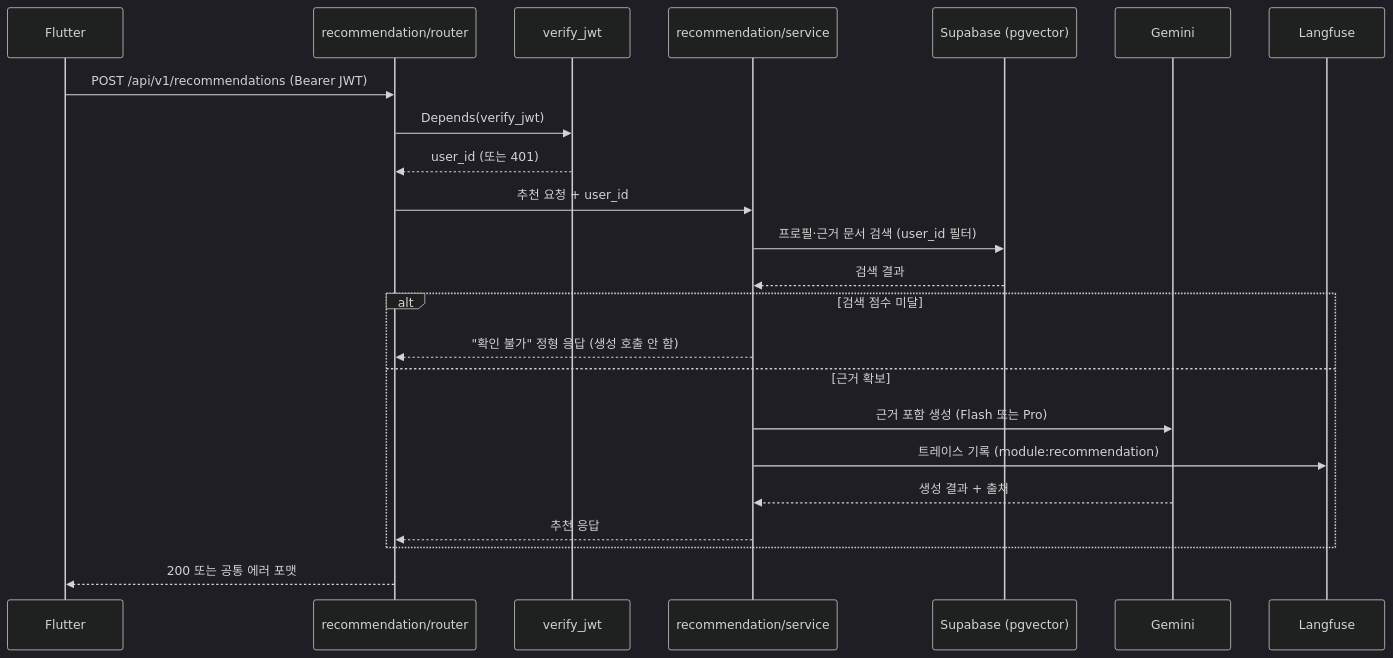
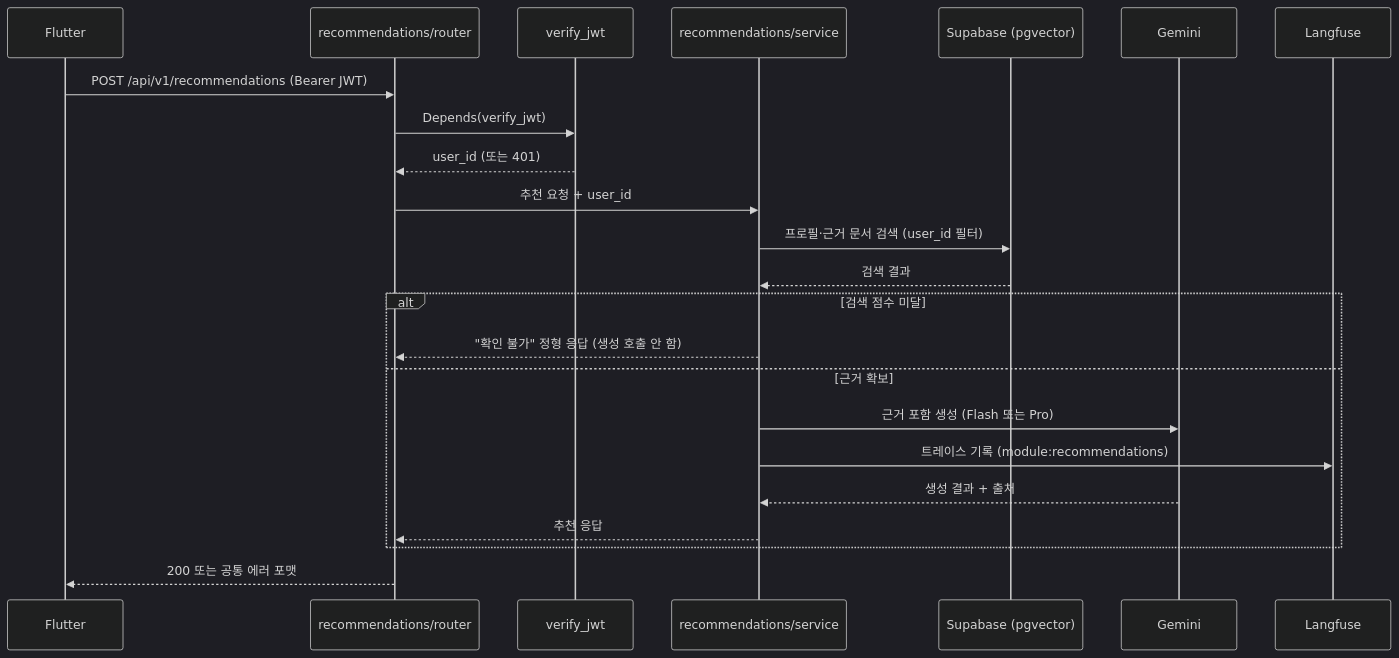
One commit to cosmos-incicrew/cosmos_server changed the second of 2 diagrams in docs/architecture.md. Above: the diagram before and after it, drawn with Mermaid (dark theme). The commit also changed other lines of this file and 2 other files, not shown here.

````diff
--- a/docs/architecture.md
+++ b/docs/architecture.md
@@ -133,26 +132,26 @@
 ```mermaid
 sequenceDiagram
     participant App as Flutter
-    participant R as recommendation/router
+    participant R as recommendations/router
     participant Auth as verify_jwt
-    participant S as recommendation/service
+    participant S as recommendations/service
     participant DB as Supabase (pgvector)
     participant G as Gemini
     participant L as Langfuse
 
     App->>R: POST /api/v1/recommendations (Bearer JWT)
     R->>Auth: Depends(verify_jwt)
     Auth-->>R: user_id (또는 401)
     R->>S: 추천 요청 + user_id
     S->>DB: 프로필·근거 문서 검색 (user_id 필터)
     DB-->>S: 검색 결과
     alt 검색 점수 미달
         S-->>R: "확인 불가" 정형 응답 (생성 호출 안 함)
     else 근거 확보
         S->>G: 근거 포함 생성 (Flash 또는 Pro)
-        S->>L: 트레이스 기록 (module:recommendation)
+        S->>L: 트레이스 기록 (module:recommendations)
         G-->>S: 생성 결과 + 출처
         S-->>R: 추천 응답
     end
     R-->>App: 200 또는 공통 에러 포맷
 ```
````
